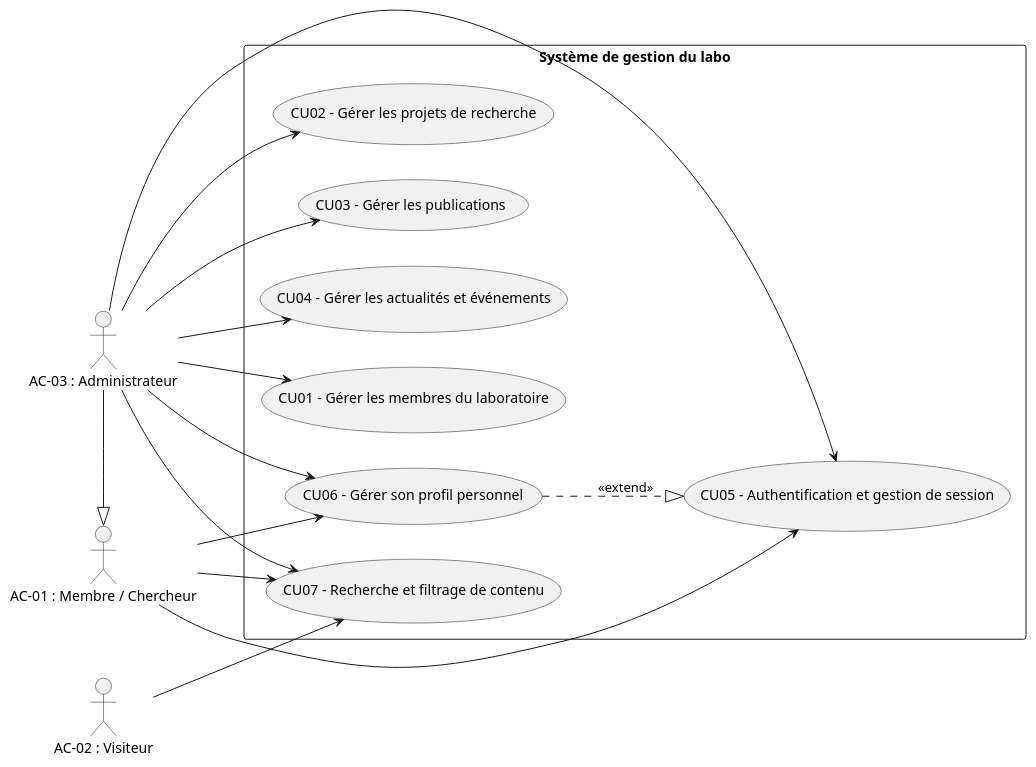
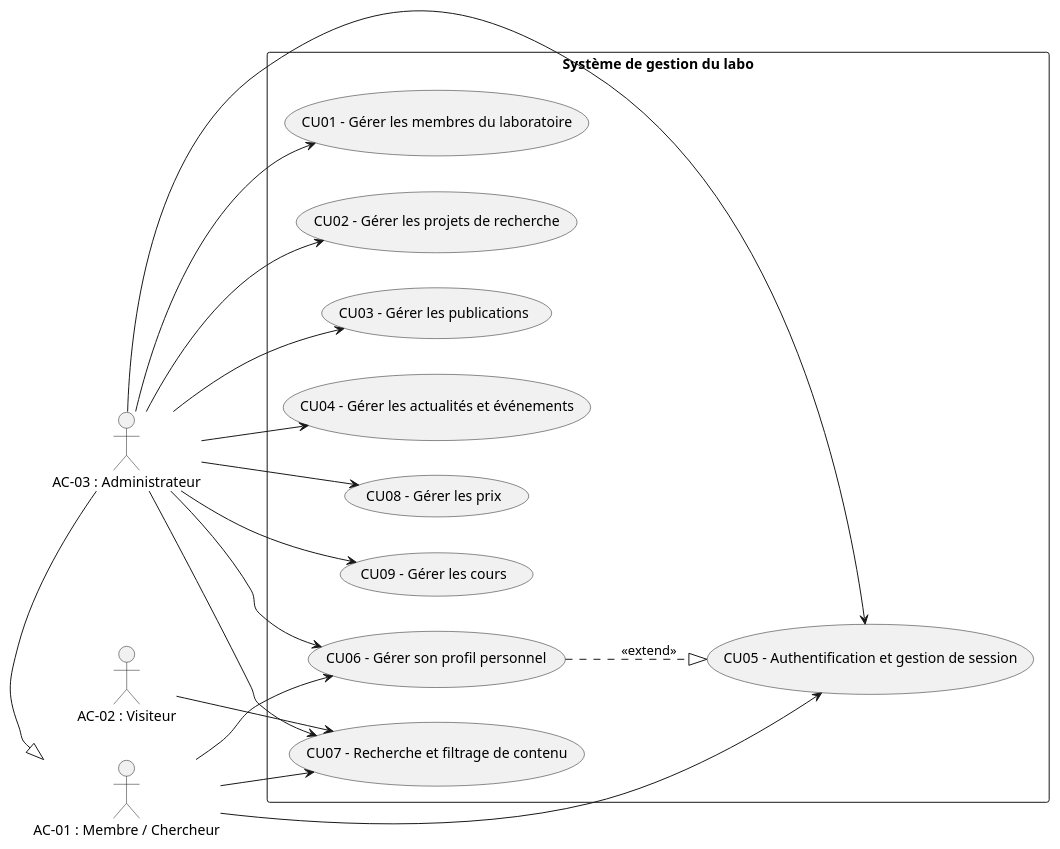
One commit to stilab-ets/stilab-ets.github.io changed the diagram in doc/usecase/usecase.puml. Above: the diagram before and after it, drawn with PlantUML. The commit also changed 1 other file, not shown here.

Commit message:
[DOC]: Updaded use case diagram and DB Schema (#59)

```diff
--- a/doc/usecase/usecase.puml
+++ b/doc/usecase/usecase.puml
@@ -1,42 +1,46 @@
 @startuml
 left to right direction
 skinparam packageStyle rectangle
 
 actor "AC-01 : Membre / Chercheur" as Membre
 actor "AC-02 : Visiteur" as Visiteur
 actor "AC-03 : Administrateur" as Admin
 
 Admin -|> Membre
 
 rectangle "Système de gestion du labo" {
   
   usecase "CU01 - Gérer les membres du laboratoire" as CU01
   usecase "CU02 - Gérer les projets de recherche" as CU02
   usecase "CU03 - Gérer les publications" as CU03
   usecase "CU04 - Gérer les actualités et événements" as CU04
   usecase "CU05 - Authentification et gestion de session" as CU05
   usecase "CU06 - Gérer son profil personnel" as CU06
   usecase "CU07 - Recherche et filtrage de contenu" as CU07
+  usecase "CU08 - Gérer les prix" as CU08
+  usecase "CU09 - Gérer les cours" as CU09
 }
 
 ' Admin-specific use cases
 Admin --> CU01
 Admin --> CU02
 Admin --> CU04
 
 ' Admin does everything Membre does (explicitly)
 Admin --> CU03
 Admin --> CU05
 Admin --> CU06
 Admin --> CU07
+Admin --> CU08
+Admin --> CU09
 
 ' Membre use cases
 Membre --> CU05
 Membre --> CU06
 Membre --> CU07
 
 Visiteur --> CU07
 
 CU06 ..|> CU05 : <<extend>>
 
 @enduml
```
